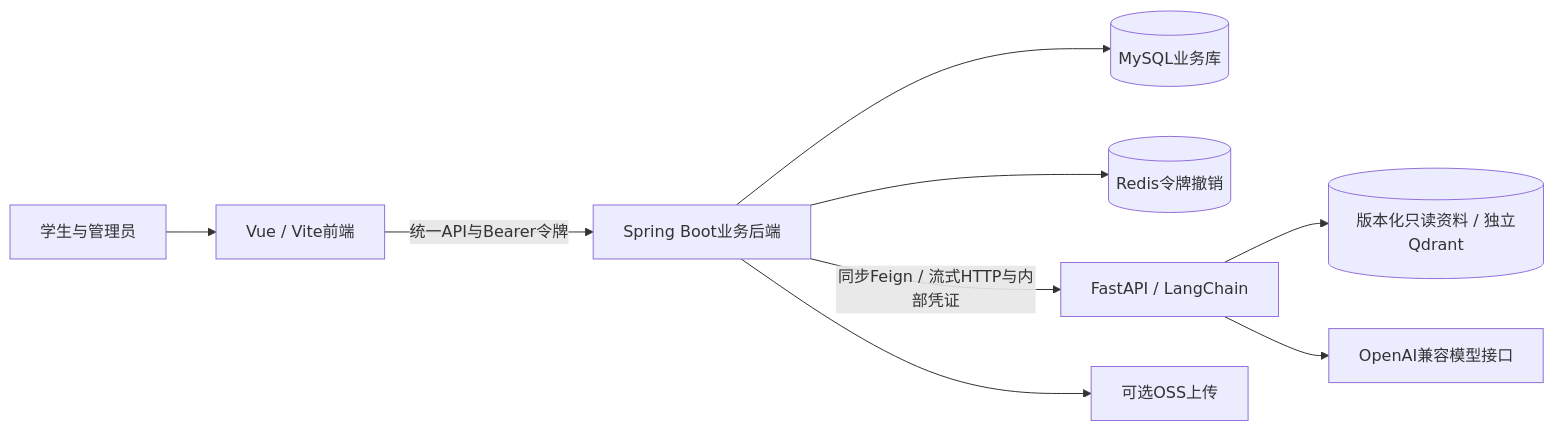
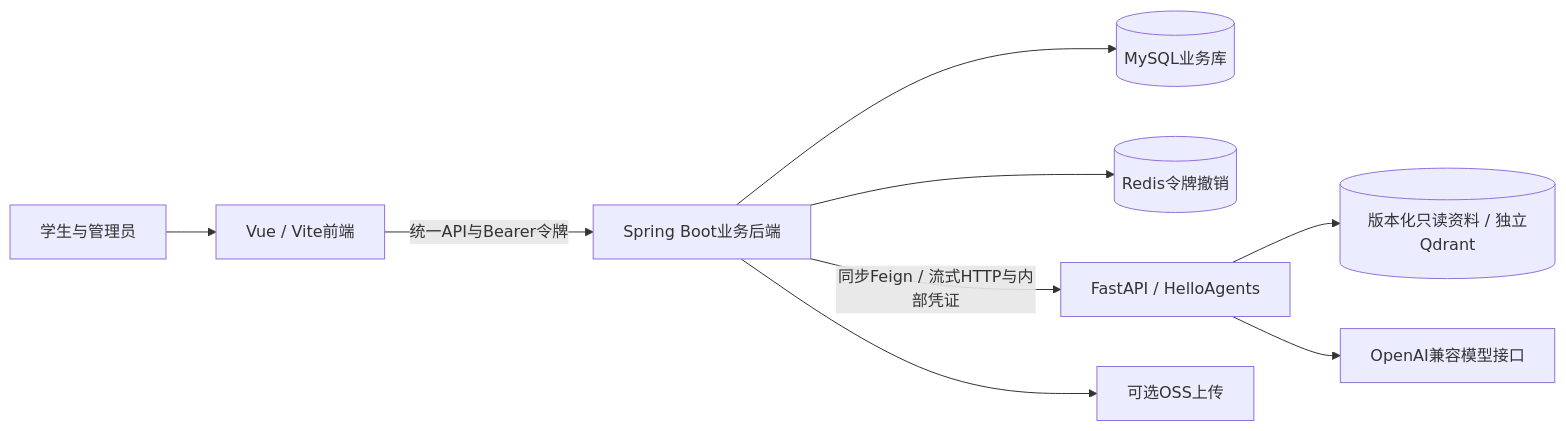
The diagram in 考研Agent平台搭建文档.md (5-bin/kaoyan-agent-platform), drawn with Mermaid before and after one commit. The commit also changed other lines of this file and 34 other files, not shown here.

````diff
--- a/考研Agent平台搭建文档.md
+++ b/考研Agent平台搭建文档.md
@@ -199,11 +356,11 @@
 ```mermaid
 flowchart LR
     U[学生与管理员] --> F[Vue / Vite前端]
     F -->|统一API与Bearer令牌| J[Spring Boot业务后端]
     J --> D[(MySQL业务库)]
     J --> R[(Redis令牌撤销)]
-    J -->|同步Feign / 流式HTTP与内部凭证| A[FastAPI / LangChain]
+    J -->|同步Feign / 流式HTTP与内部凭证| A[FastAPI / HelloAgents]
     A --> K[(版本化只读资料 / 独立Qdrant)]
     A --> M[OpenAI兼容模型接口]
     J --> O[可选OSS上传]
 ```
````
